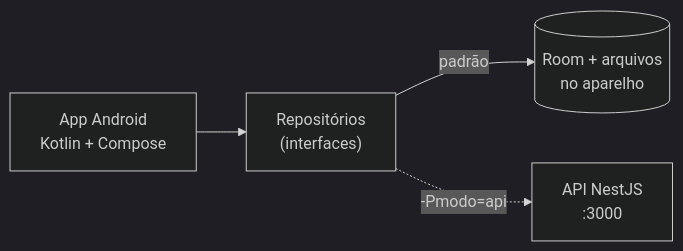
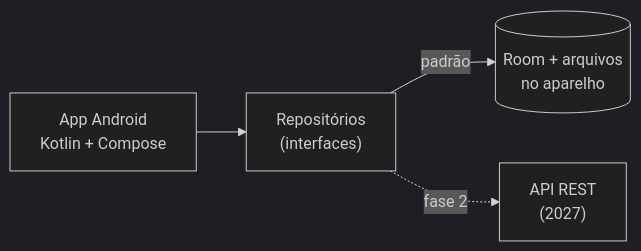
The second of 2 diagrams in README.md (fiap-2027/lets-sign), drawn with Mermaid (dark theme) before and after one commit. The commit also changed other lines of this file and 2 other files, not shown here.

First line of the commit message:
Documenta a API REST como fase 2 do projeto

````diff
--- a/README.md
+++ b/README.md
@@ -61,6 +60,6 @@
 ```mermaid
 flowchart LR
     AND["App Android<br/>Kotlin + Compose"] --> REPO["Repositórios<br/>(interfaces)"]
     REPO -->|padrão| ROOM[("Room + arquivos<br/>no aparelho")]
-    REPO -.->|-Pmodo=api| API["API NestJS<br/>:3000"]
+    REPO -.->|fase 2| API["API REST<br/>(2027)"]
 ```
````
